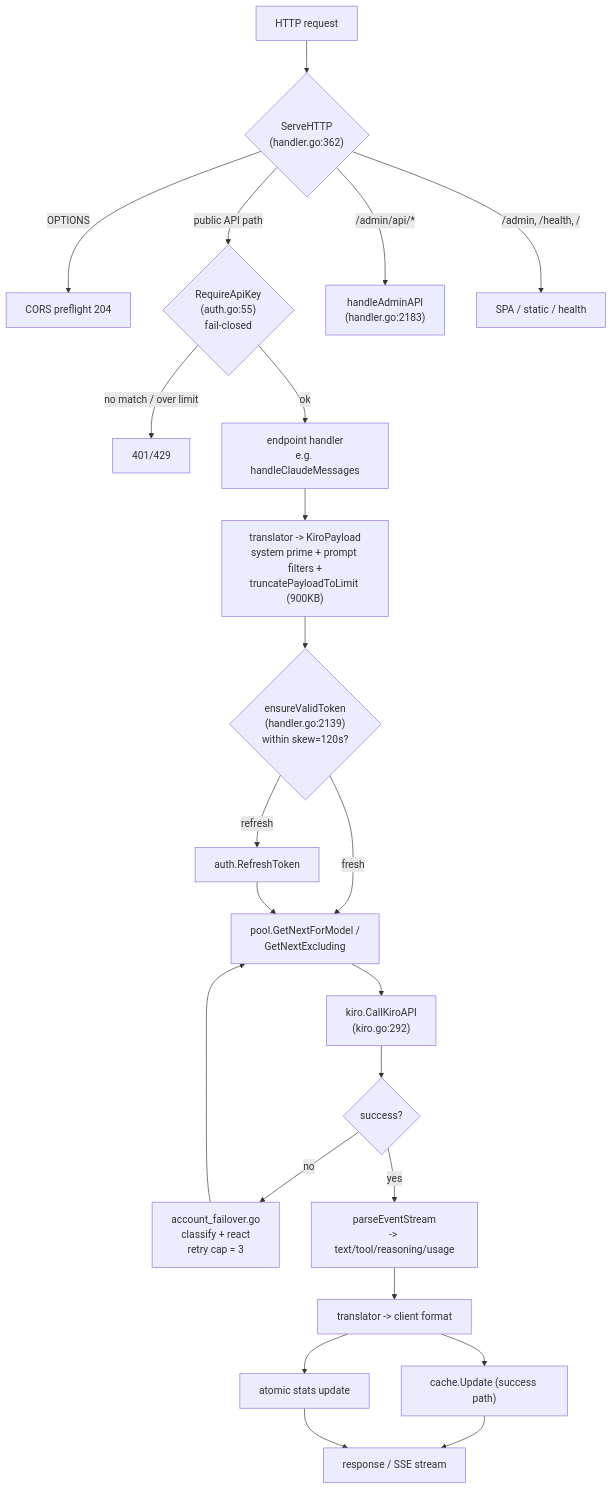
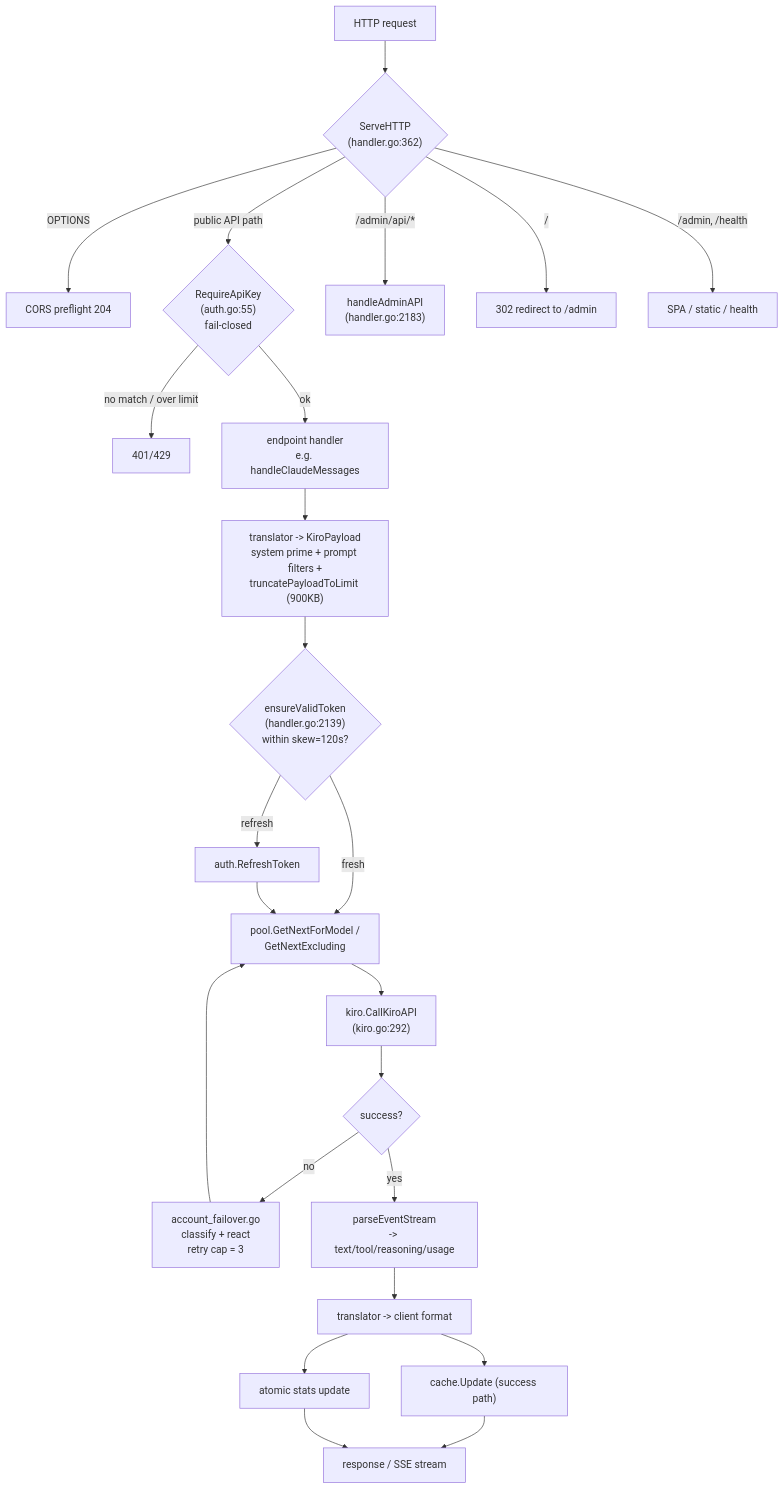
Before and after one commit to hugevo/Kiro-Go: the second of 8 diagrams in docs/system-architecture.md, drawn with Mermaid. The commit also changed 2 other files, not shown here.

````diff
--- a/docs/system-architecture.md
+++ b/docs/system-architecture.md
@@ -75,26 +75,27 @@
 ```mermaid
 flowchart TD
     REQ["HTTP request"] --> ROUTE{"ServeHTTP<br/>(handler.go:362)"}
     ROUTE -->|OPTIONS| CORS["CORS preflight 204"]
     ROUTE -->|public API path| KEY{"RequireApiKey<br/>(auth.go:55)<br/>fail-closed"}
     KEY -->|no match / over limit| REJ["401/429"]
     KEY -->|ok| EP["endpoint handler<br/>e.g. handleClaudeMessages"]
     ROUTE -->|/admin/api/*| ADM["handleAdminAPI<br/>(handler.go:2183)"]
-    ROUTE -->|/admin, /health, /| STATIC["SPA / static / health"]
+    ROUTE -->|/| REDIR["302 redirect to /admin"]
+    ROUTE -->|/admin, /health| STATIC["SPA / static / health"]
 
     EP --> XLIN["translator -> KiroPayload<br/>system prime + prompt filters +<br/>truncatePayloadToLimit (900KB)"]
     XLIN --> TOK{"ensureValidToken<br/>(handler.go:2139)<br/>within skew=120s?"}
     TOK -->|refresh| REFRESH["auth.RefreshToken"]
     TOK -->|fresh| PICK["pool.GetNextForModel /<br/>GetNextExcluding"]
     REFRESH --> PICK
     PICK --> CALL["kiro.CallKiroAPI<br/>(kiro.go:292)"]
     CALL --> OK{"success?"}
     OK -->|no| FAILOVER["account_failover.go<br/>classify + react<br/>retry cap = 3"]
     FAILOVER --> PICK
     OK -->|yes| PARSE["parseEventStream<br/>-> text/tool/reasoning/usage"]
     PARSE --> XLOUT["translator -> client format"]
     XLOUT --> CUPD["cache.Update (success path)"]
     XLOUT --> STATS["atomic stats update"]
     CUPD --> RESP["response / SSE stream"]
     STATS --> RESP
 ```
````
